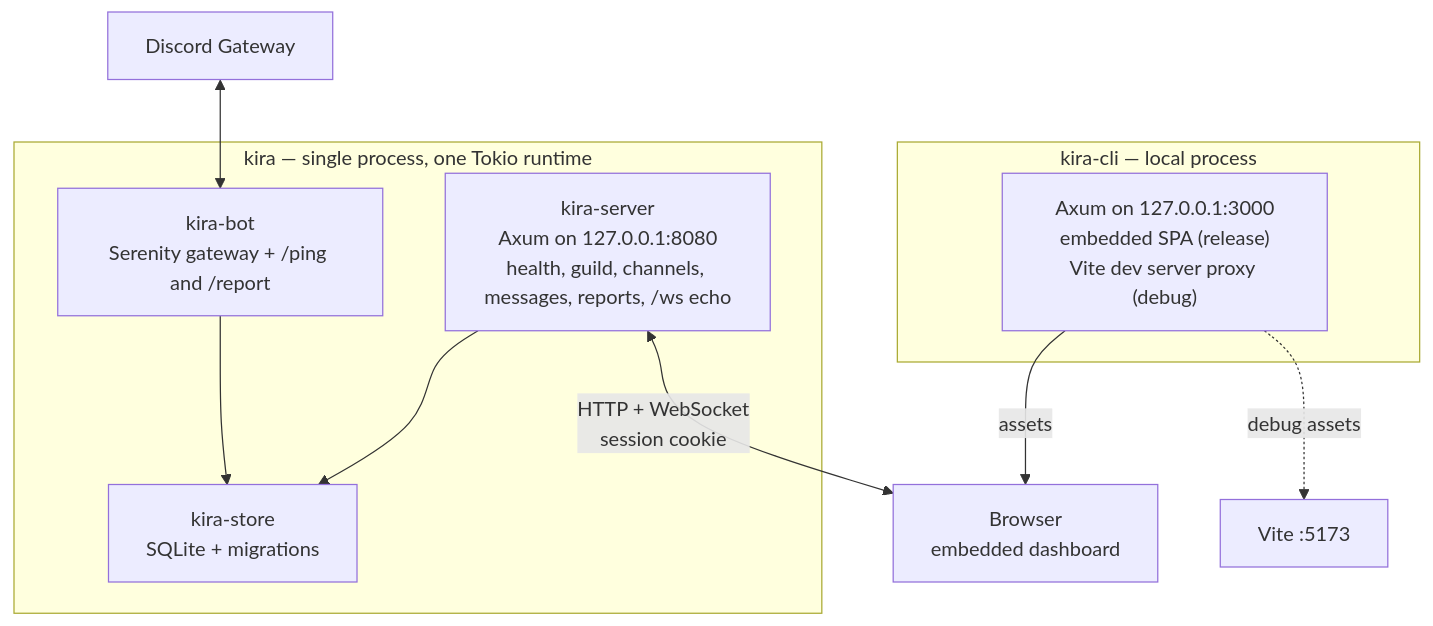
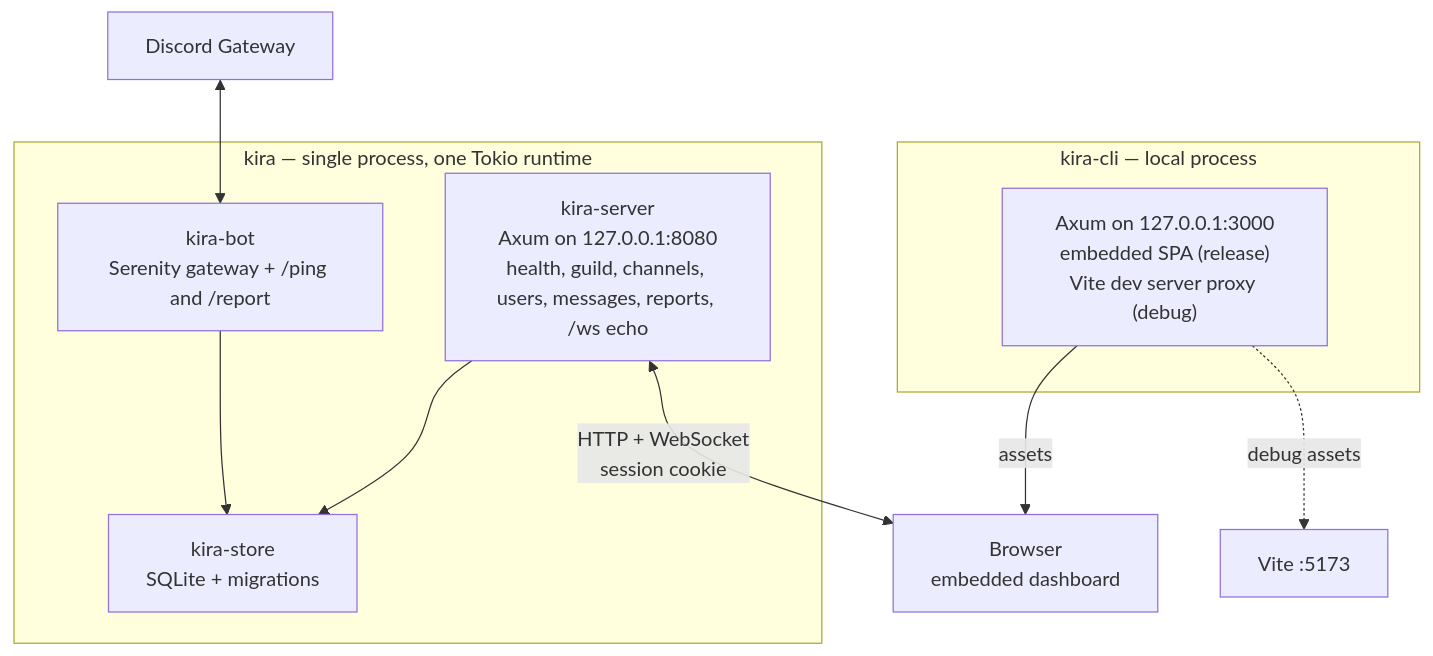
Before and after one commit to merzen-sh/kira: the first of 2 diagrams in docs/ARCHITECTURE.md, drawn with Mermaid. The commit also changed other lines of this file and 30 other files, not shown here.

First line of the commit message:
feat: persist guild users and sync metadata (#23)

````diff
--- a/docs/ARCHITECTURE.md
+++ b/docs/ARCHITECTURE.md
@@ -23,23 +23,23 @@
 ```mermaid
 flowchart TB
     GW["Discord Gateway"]
 
     subgraph KIRA["kira — single process, one Tokio runtime"]
         BOT["kira-bot<br/>Serenity gateway + /ping and /report"]
-        SERVER["kira-server<br/>Axum on 127.0.0.1:8080<br/>health, guild, channels, messages, reports, /ws echo"]
+        SERVER["kira-server<br/>Axum on 127.0.0.1:8080<br/>health, guild, channels, users, messages, reports, /ws echo"]
         STORE["kira-store<br/>SQLite + migrations"]
     end
 
     subgraph LOCAL["kira-cli — local process"]
         CLI["Axum on 127.0.0.1:3000<br/>embedded SPA (release)<br/>Vite dev server proxy (debug)"]
     end
 
     BROWSER["Browser<br/>embedded dashboard"]
 
     GW <--> BOT
     BOT --> STORE
     SERVER --> STORE
     SERVER <-->|"HTTP + WebSocket<br/>session cookie"| BROWSER
     CLI -->|"assets"| BROWSER
     CLI -.->|"debug assets"| VITE["Vite :5173"]
 ```
````
